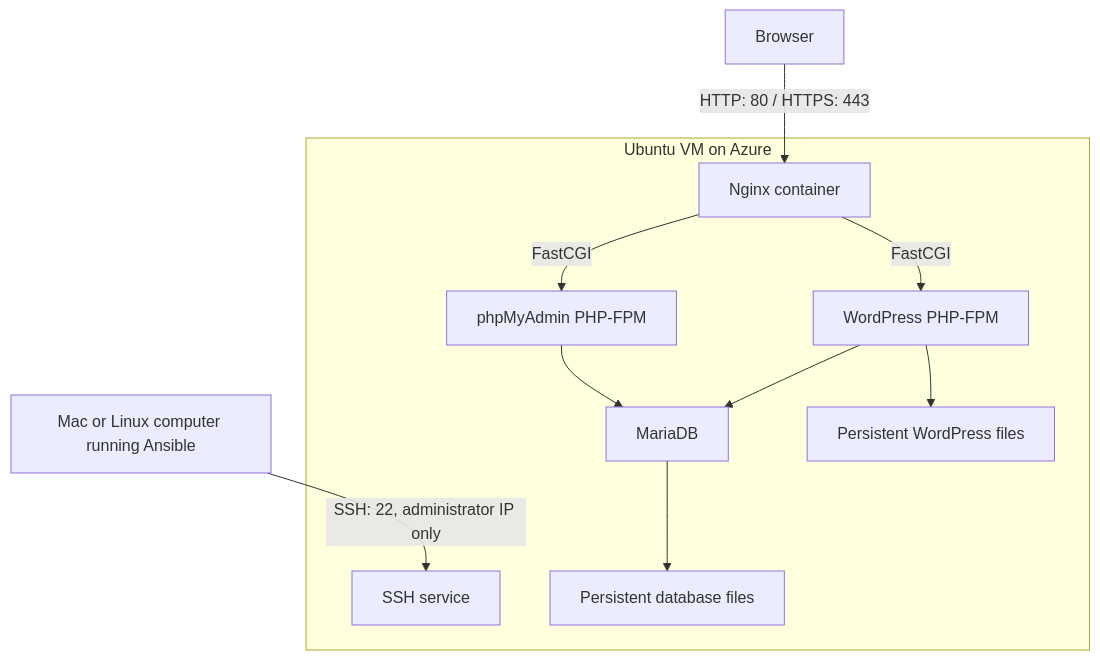
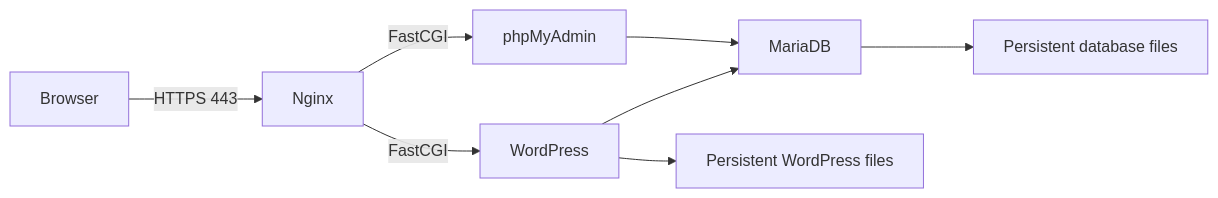
The diagram in README.md (riel-fas/cloud_1), drawn with Mermaid before and after one commit. The commit also changed other lines of this file and 3 other files, not shown here.

````diff
--- a/README.md
+++ b/README.md
@@ -25,14 +15,10 @@
 ```mermaid
-flowchart TD
-    Controller[Mac or Linux computer running Ansible] -->|SSH: 22, administrator IP only| SSH[SSH service]
-    Browser[Browser] -->|HTTP: 80 / HTTPS: 443| Nginx[Nginx container]
-    subgraph Host[Ubuntu VM on Azure]
-        SSH
-        Nginx -->|FastCGI| WordPress[WordPress PHP-FPM]
-        Nginx -->|FastCGI| phpMyAdmin[phpMyAdmin PHP-FPM]
-        WordPress --> Database[MariaDB]
-        phpMyAdmin --> Database
-        WordPress --> Files[Persistent WordPress files]
-        Database --> Data[Persistent database files]
-    end
+flowchart LR
+    Browser -->|HTTPS 443| Nginx
+    Nginx -->|FastCGI| WordPress
+    Nginx -->|FastCGI| phpMyAdmin
+    WordPress --> MariaDB
+    phpMyAdmin --> MariaDB
+    WordPress --> Uploads[Persistent WordPress files]
+    MariaDB --> Data[Persistent database files]
 ```
````
